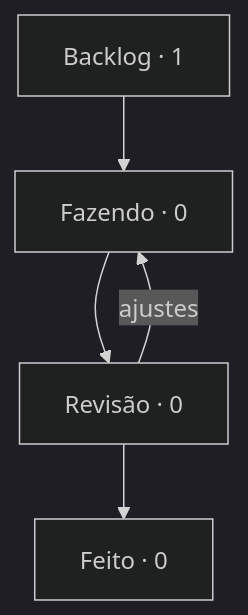
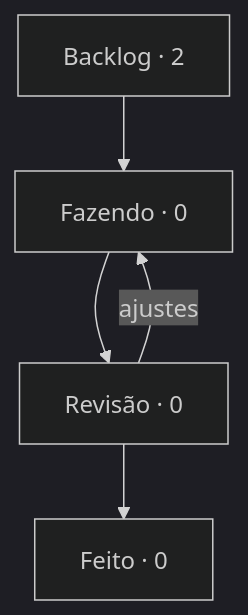
Before and after one commit to StudioVibi/VibiKanban: the diagram in boards/dungeon-bend/BOARD.md, drawn with Mermaid (dark theme). The commit also changed other lines of this file and 2 other files, not shown here.

````diff
--- a/boards/dungeon-bend/BOARD.md
+++ b/boards/dungeon-bend/BOARD.md
@@ -5,10 +5,10 @@
 ```mermaid
 flowchart TD
-  backlog["Backlog · 1"] --> doing["Fazendo · 0"]
+  backlog["Backlog · 2"] --> doing["Fazendo · 0"]
   doing --> review["Revisão · 0"]
   review --> done["Feito · 0"]
   review -->|ajustes| doing
   doing:::blue
   review:::yellow
   done:::green
 ```
````
